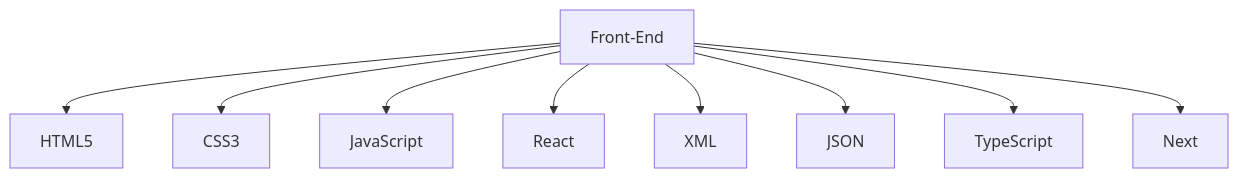
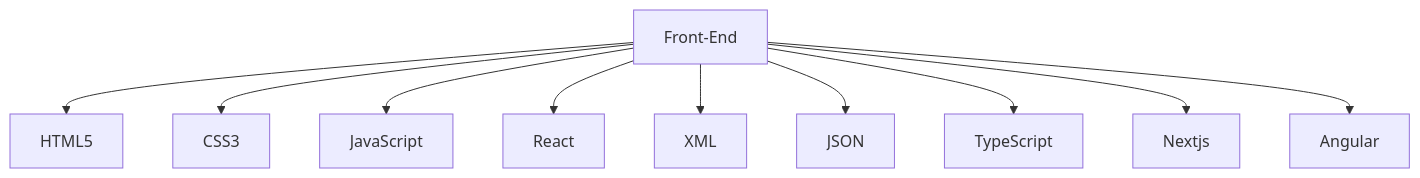
The first of 2 diagrams in README.md (jcortes009/jcortes009), drawn with Mermaid before and after one commit. The commit also changed other lines of this file, not shown here.

````diff
--- a/README.md
+++ b/README.md
@@ -11,12 +11,12 @@
 ```mermaid
 graph TD;
     Front-End-->HTML5;
     Front-End-->CSS3;
     Front-End-->JavaScript;
     Front-End-->React;
     Front-End-->XML;
     Front-End-->JSON;
     Front-End-->TypeScript;
-    Front-End-->Next;
-
+    Front-End-->Nextjs;
+    Front-End-->Angular;
 ```
````
